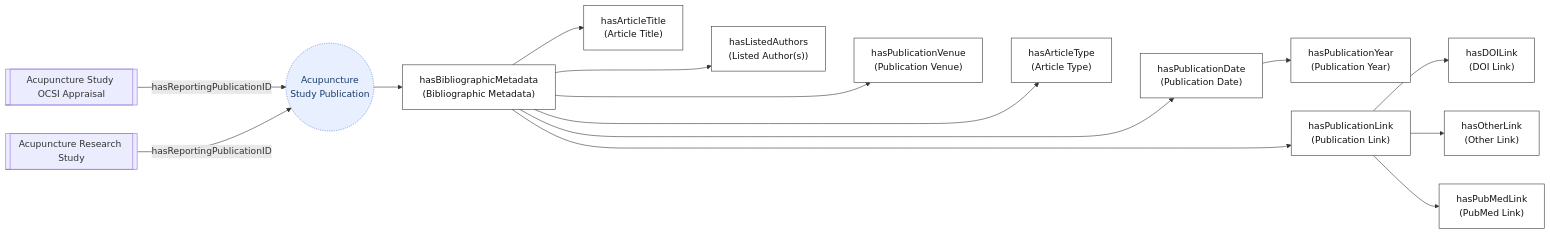
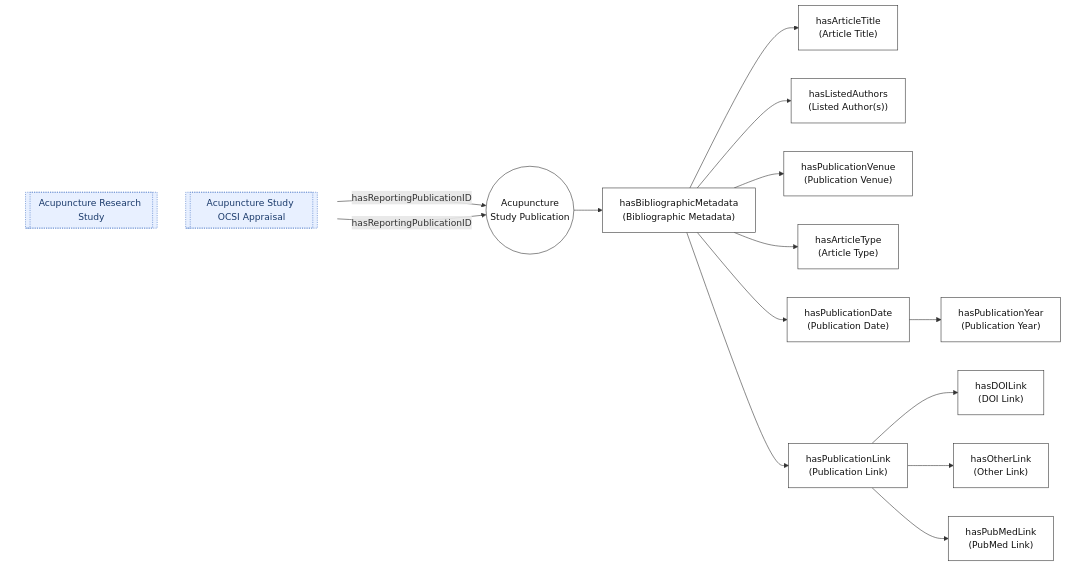
One commit to smtifahim/TARA-Ontology-Repository changed the second of 5 diagrams in ontology-files/base/articles-kb/articles-kb-core/README.md. Above: the diagram before and after it, drawn with Mermaid. The commit also changed other lines of this file, not shown here.

````diff
--- a/ontology-files/base/articles-kb/articles-kb-core/README.md
+++ b/ontology-files/base/articles-kb/articles-kb-core/README.md
@@ -48,37 +48,40 @@
 ```mermaid
 flowchart LR
     classDef group fill:#eee,stroke:#999,stroke-dasharray: 3 3,color:#555
     classDef field fill:#ffffff,stroke:#333,color:#111
     classDef linked fill:#e8f0ff,stroke:#4472c4,stroke-dasharray: 2 2,color:#1a3a6b
 
     PUB(("Acupuncture<br/>Study Publication")):::field
     BIB["hasBibliographicMetadata<br/>(Bibliographic Metadata)"]:::field
     TITLE["hasArticleTitle<br/>(Article Title)"]:::field
+    AUTH["hasListedAuthors<br/>(Listed Author(s))"]:::field
+    VENUE["hasPublicationVenue<br/>(Publication Venue)"]:::field
     ATYPE["hasArticleType<br/>(Article Type)"]:::field
-    AUTH["hasListedAuthors<br/>(Listed Author(s))"]:::field
     PDATE["hasPublicationDate<br/>(Publication Date)"]:::field
     PYEAR["hasPublicationYear<br/>(Publication Year)"]:::field
     PLINK["hasPublicationLink<br/>(Publication Link)"]:::field
     DOI["hasDOILink<br/>(DOI Link)"]:::field
     OTHER["hasOtherLink<br/>(Other Link)"]:::field
     PUBMED["hasPubMedLink<br/>(PubMed Link)"]:::field
-    VENUE["hasPublicationVenue<br/>(Publication Venue)"]:::field
 
     PUB --> BIB
     BIB --> TITLE
+    BIB --> AUTH
+    BIB --> VENUE
     BIB --> ATYPE
-    BIB --> AUTH
     BIB --> PDATE --> PYEAR
     BIB --> PLINK
     PLINK --> DOI
     PLINK --> OTHER
     PLINK --> PUBMED
-    BIB --> VENUE
 
-    TITLE ~~~ AUTH ~~~ VENUE ~~~ ATYPE ~~~ PDATE ~~~ PLINK
+    subgraph PUB_LINKS [" "]
+        direction TB
+        STUDY_EXT[["Acupuncture Research Study"]]:::linked
+        OCSI_EXT[["Acupuncture Study OCSI Appraisal"]]:::linked
+    end
+    style PUB_LINKS fill:none,stroke:none
 
-
-    STUDY_EXT[["Acupuncture Research Study"]] -- hasReportingPublicationID --> PUB:::linked
-    
-    OCSI_EXT[["Acupuncture Study OCSI Appraisal"]] -- hasReportingPublicationID --> PUB:::linked
+    STUDY_EXT -- hasReportingPublicationID --> PUB
+    OCSI_EXT -- hasReportingPublicationID --> PUB
 ```
````
